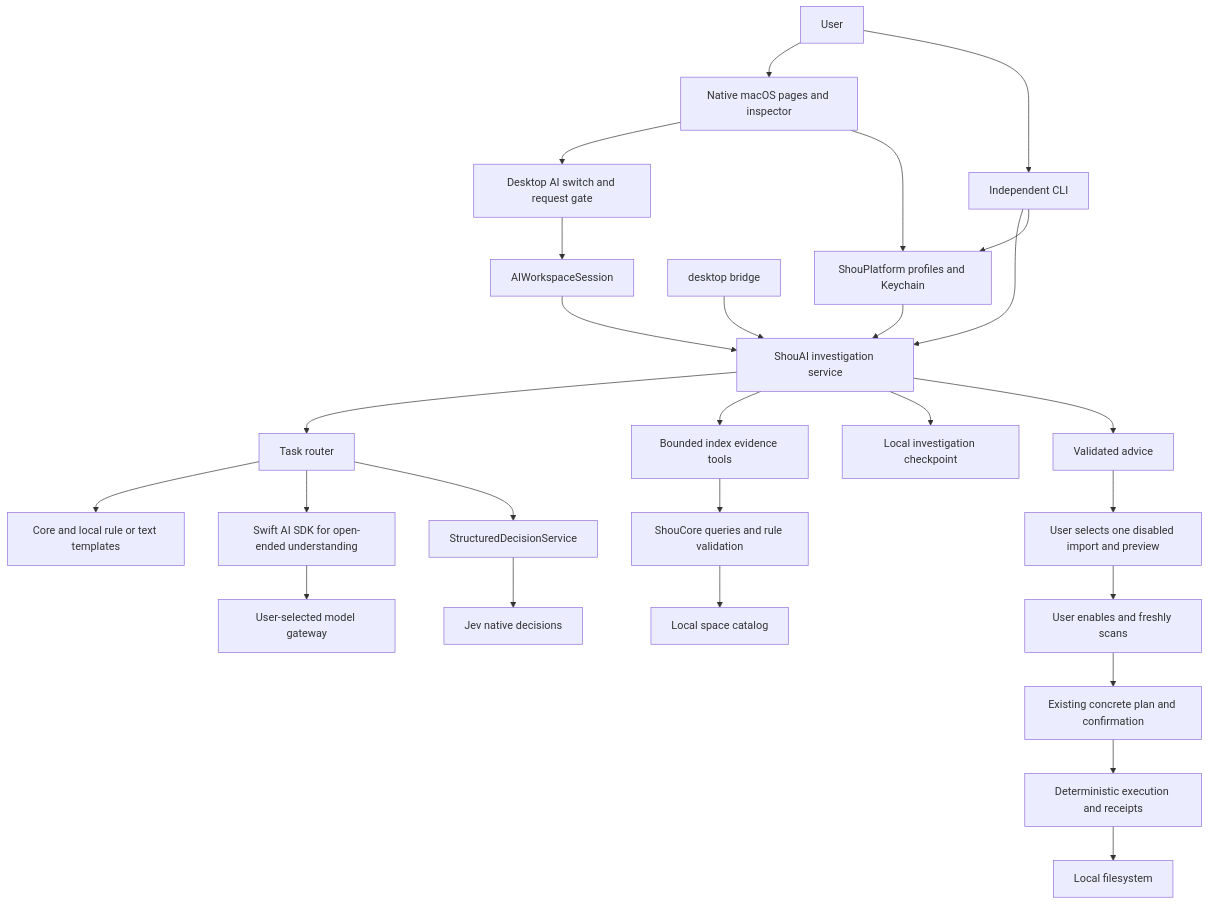
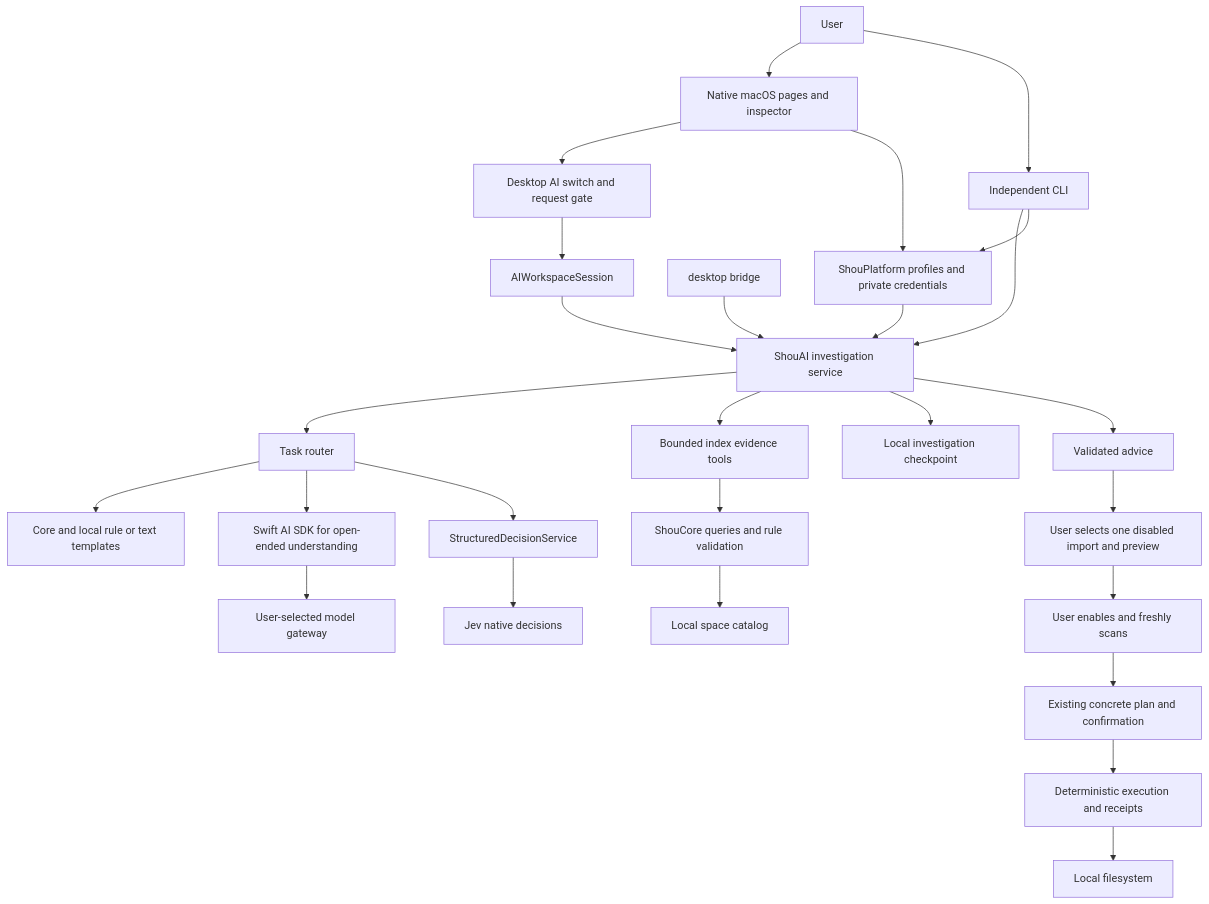
The first of 15 diagrams in docs/architecture/embedded-ai.md (limecloud/shou), drawn with Mermaid before and after one commit. The commit also changed other lines of this file and 112 other files, not shown here.

````diff
--- a/docs/architecture/embedded-ai.md
+++ b/docs/architecture/embedded-ai.md
@@ -9,29 +9,29 @@
 ```mermaid
 flowchart TB
     User[User] --> Desktop[Native macOS pages and inspector]
     User --> CLI[Independent CLI]
     Desktop --> Gate[Desktop AI switch and request gate]
     Gate --> Session[AIWorkspaceSession]
     Session --> Service[ShouAI investigation service]
     CLI --> Service
     Bridge[desktop bridge] --> Service
     Service --> Route[Task router]
     Route --> Local[Core and local rule or text templates]
     Route --> SDK[Swift AI SDK for open-ended understanding]
     SDK --> Provider[User-selected model gateway]
     Route --> Decision[StructuredDecisionService]
     Decision --> Jev[Jev native decisions]
     Service --> Evidence[Bounded index evidence tools]
     Evidence --> Core[ShouCore queries and rule validation]
     Core --> Index[Local space catalog]
     Service --> Checkpoint[Local investigation checkpoint]
-    Desktop --> Profiles[ShouPlatform profiles and Keychain]
+    Desktop --> Profiles[ShouPlatform profiles and private credentials]
     CLI --> Profiles
     Profiles --> Service
     Service --> Advice[Validated advice]
     Advice --> Preview[User selects one disabled import and preview]
     Preview --> Review[User enables and freshly scans]
     Review --> Confirm[Existing concrete plan and confirmation]
     Confirm --> Execute[Deterministic execution and receipts]
     Execute --> Files[Local filesystem]
 ```
````
